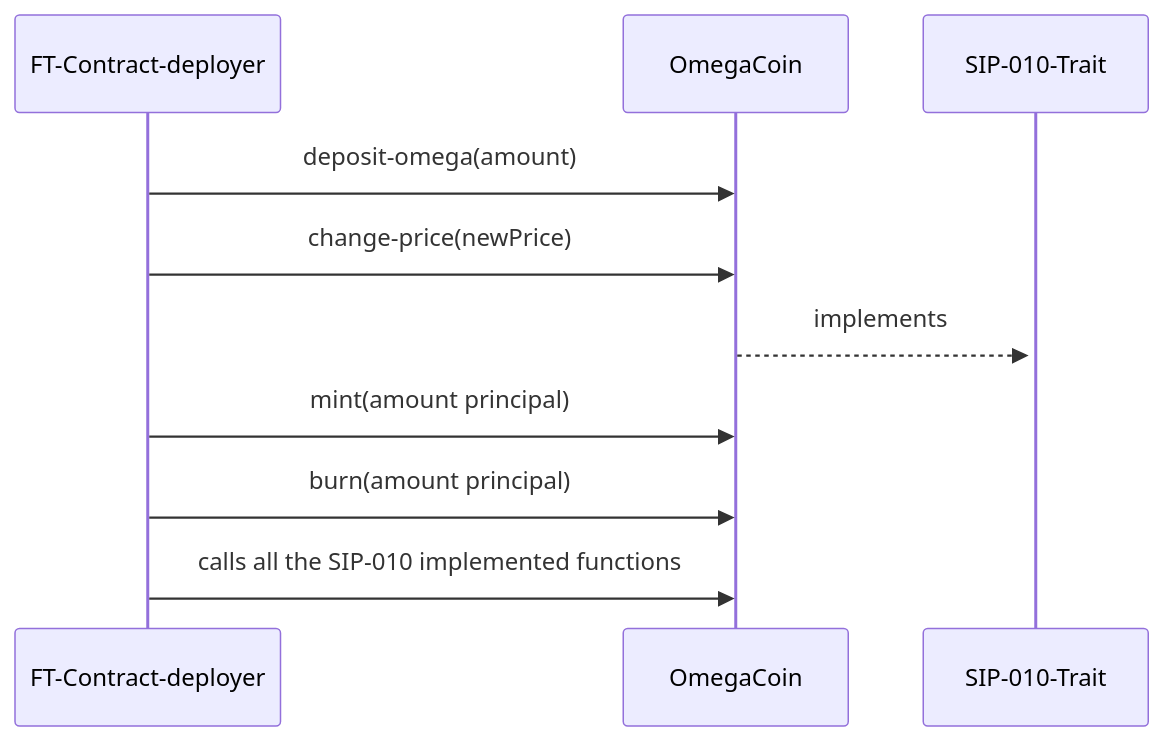
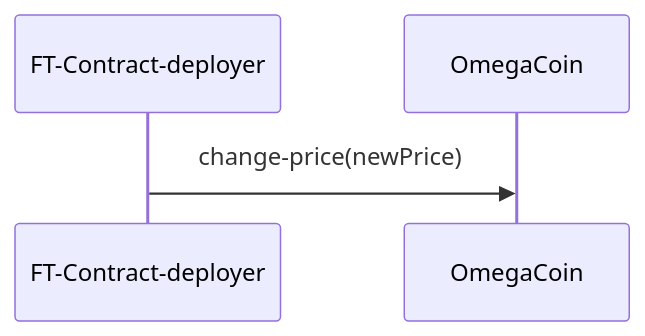
The diagram in 003-ft/clarinet-projects/arsalankhan/my-token-contract/diagrams/OmegaContractDeployer.mmd (tintash/clarity-projects), drawn with Mermaid before and after one commit. The commit also changed 7 other files, not shown here.

Commit message:
changes in the diagrams and selling by a common user is addded

```diff
--- a/003-ft/clarinet-projects/arsalankhan/my-token-contract/diagrams/OmegaContractDeployer.mmd
+++ b/003-ft/clarinet-projects/arsalankhan/my-token-contract/diagrams/OmegaContractDeployer.mmd
@@ -1,7 +1,2 @@
 sequenceDiagram
-  FT-Contract-deployer->>OmegaCoin: deposit-omega(amount)
   FT-Contract-deployer->>OmegaCoin: change-price(newPrice)
-  OmegaCoin-->>+SIP-010-Trait: implements
-  FT-Contract-deployer->>OmegaCoin: mint(amount principal)
-  FT-Contract-deployer->>OmegaCoin: burn(amount principal)
-  FT-Contract-deployer->>OmegaCoin: calls all the SIP-010 implemented functions
```
